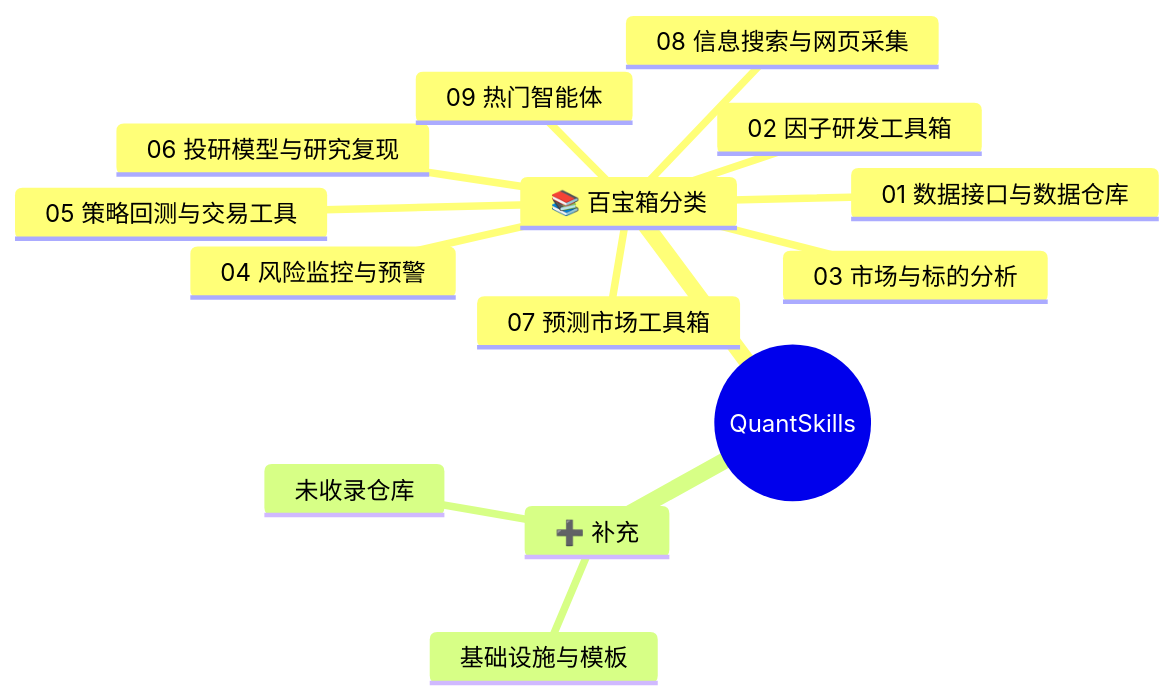
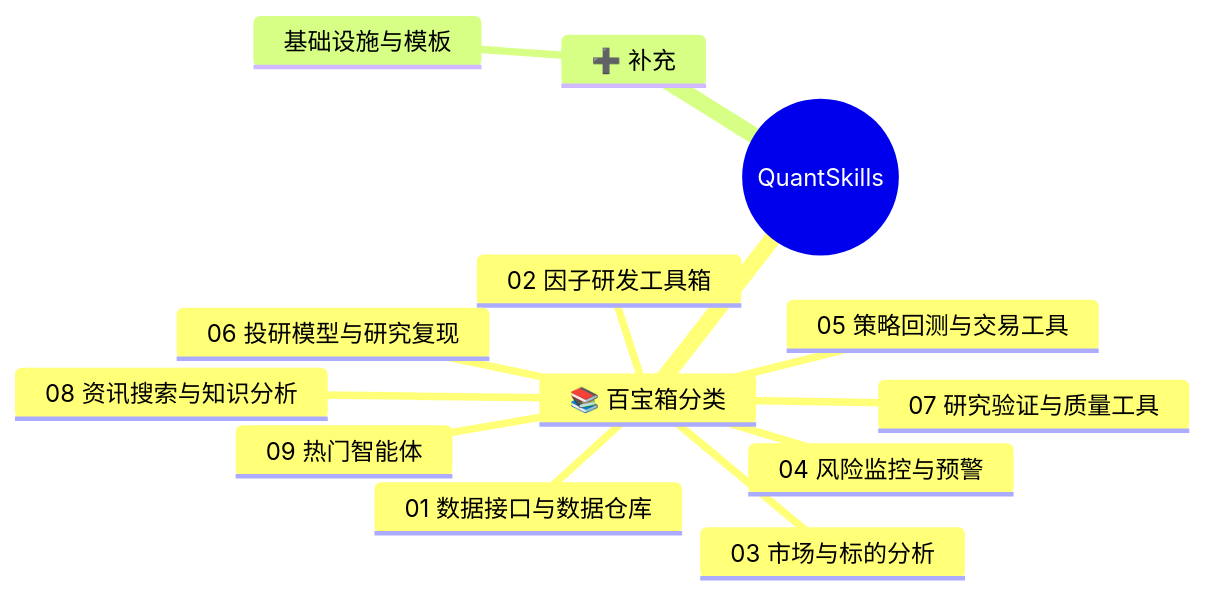
The diagram in README.md (quantskills/quantskills), drawn with Mermaid before and after one commit. The commit also changed other lines of this file and 3 other files, not shown here.

````diff
--- a/README.md
+++ b/README.md
@@ -14,17 +14,16 @@
 ```mermaid
 mindmap
   root((QuantSkills))
     📚 百宝箱分类
       01 数据接口与数据仓库
       02 因子研发工具箱
       03 市场与标的分析
       04 风险监控与预警
       05 策略回测与交易工具
       06 投研模型与研究复现
-      07 预测市场工具箱
-      08 信息搜索与网页采集
+      07 研究验证与质量工具
+      08 资讯搜索与知识分析
       09 热门智能体
     ➕ 补充
-      未收录仓库
       基础设施与模板
 ```
````
